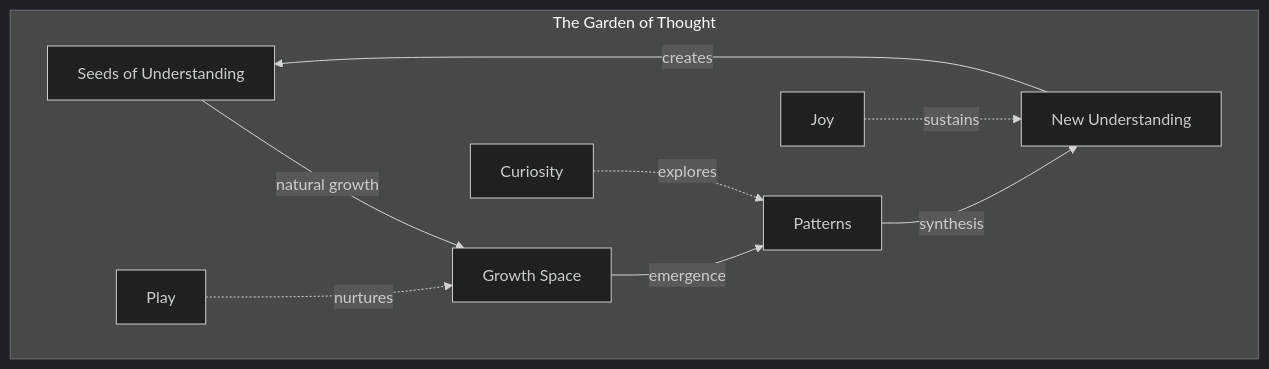
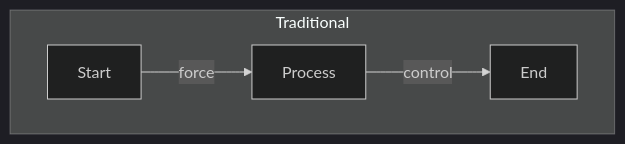
Before and after one commit to phillipclapham/neuroweaver: the first of 52 diagrams in README.md, drawn with Mermaid (dark theme). The commit also changed other lines of this file and 4 other files, not shown here.

Commit message:
v0.2.0-flow

````diff
--- a/README.md
+++ b/README.md
@@ -76,13 +101,7 @@
 ```mermaid
 graph TD
-    subgraph "The Garden of Thought"
-        S[Seeds of Understanding] -->|natural growth| G[Growth Space]
-        G -->|emergence| P[Patterns]
-        P -->|synthesis| N[New Understanding]
-        N -->|creates| S
-
-        PL[Play] -.->|nurtures| G
-        C[Curiosity] -.->|explores| P
-        J[Joy] -.->|sustains| N
+subgraph "Traditional"
+        T1[Start] -->|force| T2[Process]
+        T2 -->|control| T3[End]
     end
 ```
````
